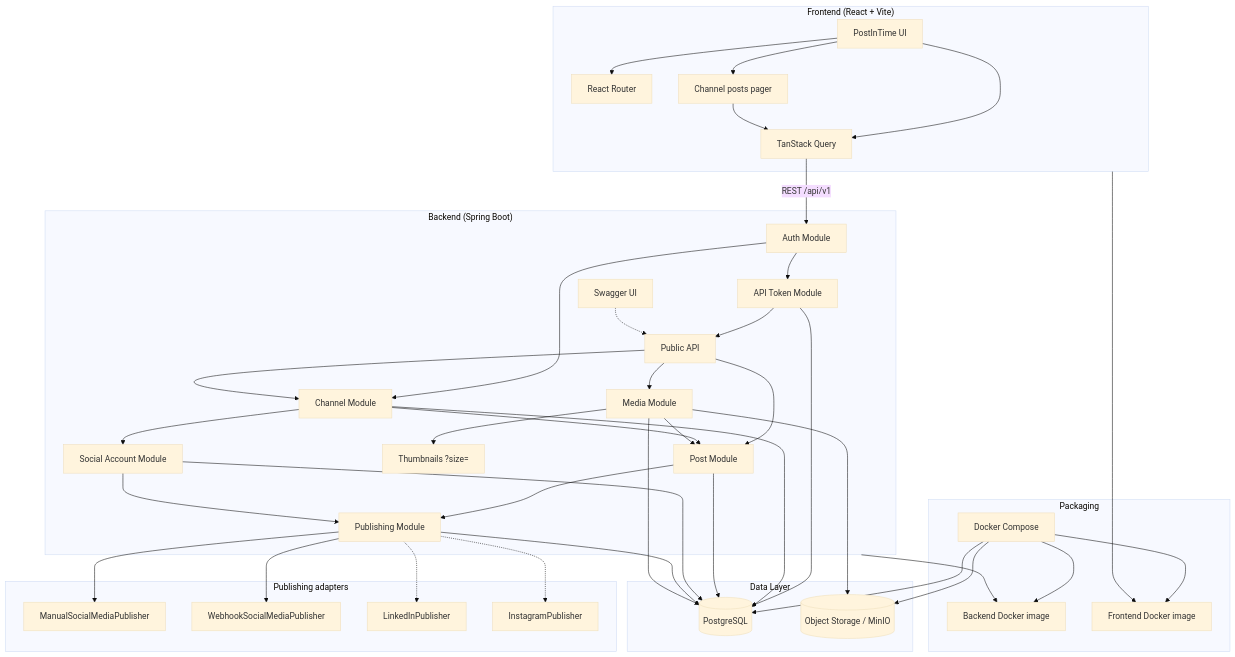
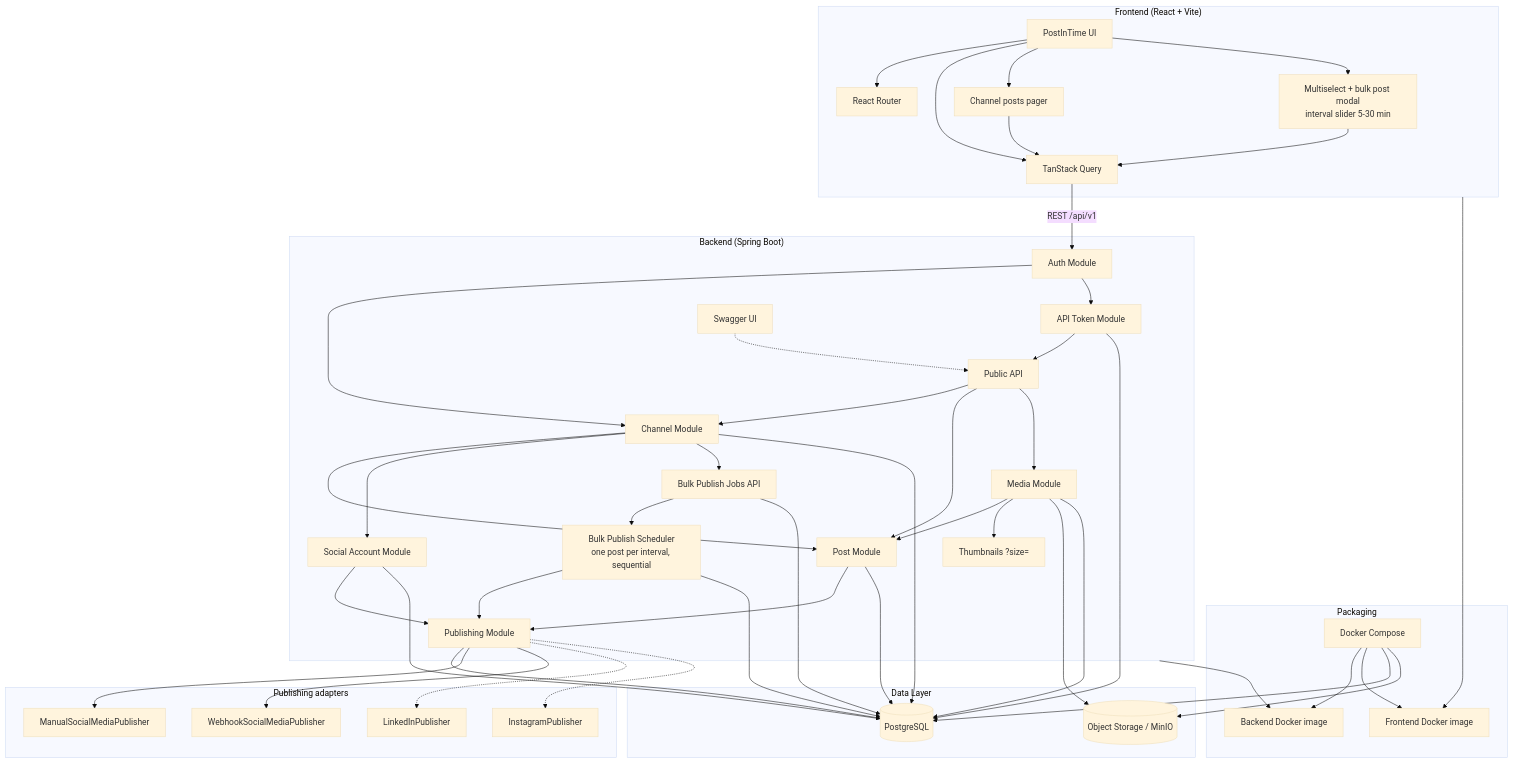
The diagram in product-architecture-flowchart.mmd (anushibinj/postintime), drawn with Mermaid (base theme) before and after one commit. The commit also changed 4 other files, not shown here.

First line of the commit message:
Document bulk posting in README, env example, compose, flowchart and TODO

```diff
--- a/product-architecture-flowchart.mmd
+++ b/product-architecture-flowchart.mmd
@@ -1,74 +1,84 @@
 flowchart TB
     subgraph Client["Frontend (React + Vite)"]
         UI[PostInTime UI]
         Router[React Router]
         Query[TanStack Query]
         PostsPager[Channel posts pager]
+        BulkUI[Multiselect + bulk post modal<br/>interval slider 5-30 min]
         UI --> Router
         UI --> Query
         UI --> PostsPager
+        UI --> BulkUI
         PostsPager --> Query
+        BulkUI --> Query
     end
 
     subgraph API["Backend (Spring Boot)"]
         Auth[Auth Module]
         ApiTokens[API Token Module]
         Channels[Channel Module]
         Posts[Post Module]
         Media[Media Module]
         MediaThumbs[Thumbnails ?size=]
         Social[Social Account Module]
         Publishing[Publishing Module]
+        BulkPublish[Bulk Publish Jobs API]
+        BulkScheduler[Bulk Publish Scheduler<br/>one post per interval, sequential]
         Public[Public API]
         Swagger[Swagger UI]
         Auth --> Channels
         Auth --> ApiTokens
         ApiTokens --> Public
         Public --> Channels
         Public --> Posts
         Public --> Media
         Swagger -.-> Public
         Channels --> Posts
         Channels --> Social
         Posts --> Publishing
         Social --> Publishing
+        Channels --> BulkPublish
+        BulkPublish --> BulkScheduler
+        BulkScheduler --> Publishing
         Media --> Posts
         Media --> MediaThumbs
     end
 
     subgraph Data["Data Layer"]
         PG[(PostgreSQL)]
         Storage[(Object Storage / MinIO)]
     end
 
     Query -->|REST /api/v1| Auth
     ApiTokens --> PG
     Channels --> PG
     Posts --> PG
     Social --> PG
     Publishing --> PG
+    BulkPublish --> PG
+    BulkScheduler --> PG
     Media --> Storage
     Media --> PG
 
     subgraph Packaging["Packaging"]
         Compose[Docker Compose]
         BeImage[Backend Docker image]
         FeImage[Frontend Docker image]
         Compose --> BeImage
         Compose --> FeImage
         Compose --> PG
         Compose --> Storage
     end
     API --> BeImage
     Client --> FeImage
 
     subgraph Future["Publishing adapters"]
         Manual[ManualSocialMediaPublisher]
         Webhook[WebhookSocialMediaPublisher]
         LinkedIn[LinkedInPublisher]
         Instagram[InstagramPublisher]
         Publishing --> Manual
         Publishing --> Webhook
         Publishing -.-> LinkedIn
         Publishing -.-> Instagram
     end
```
